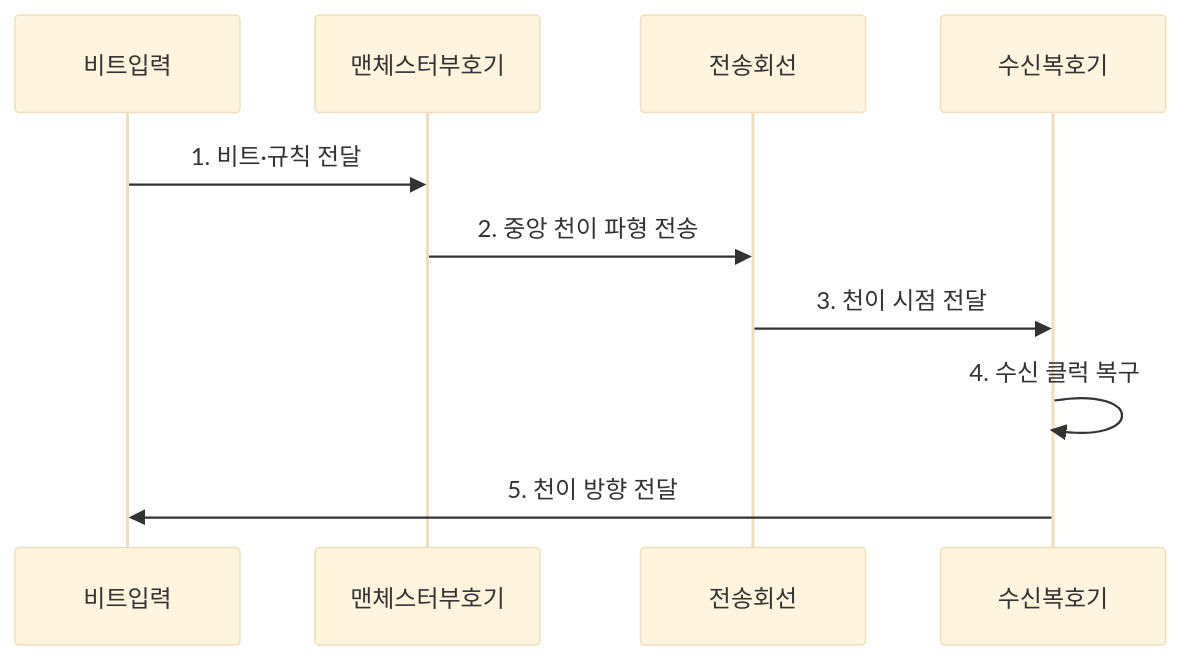
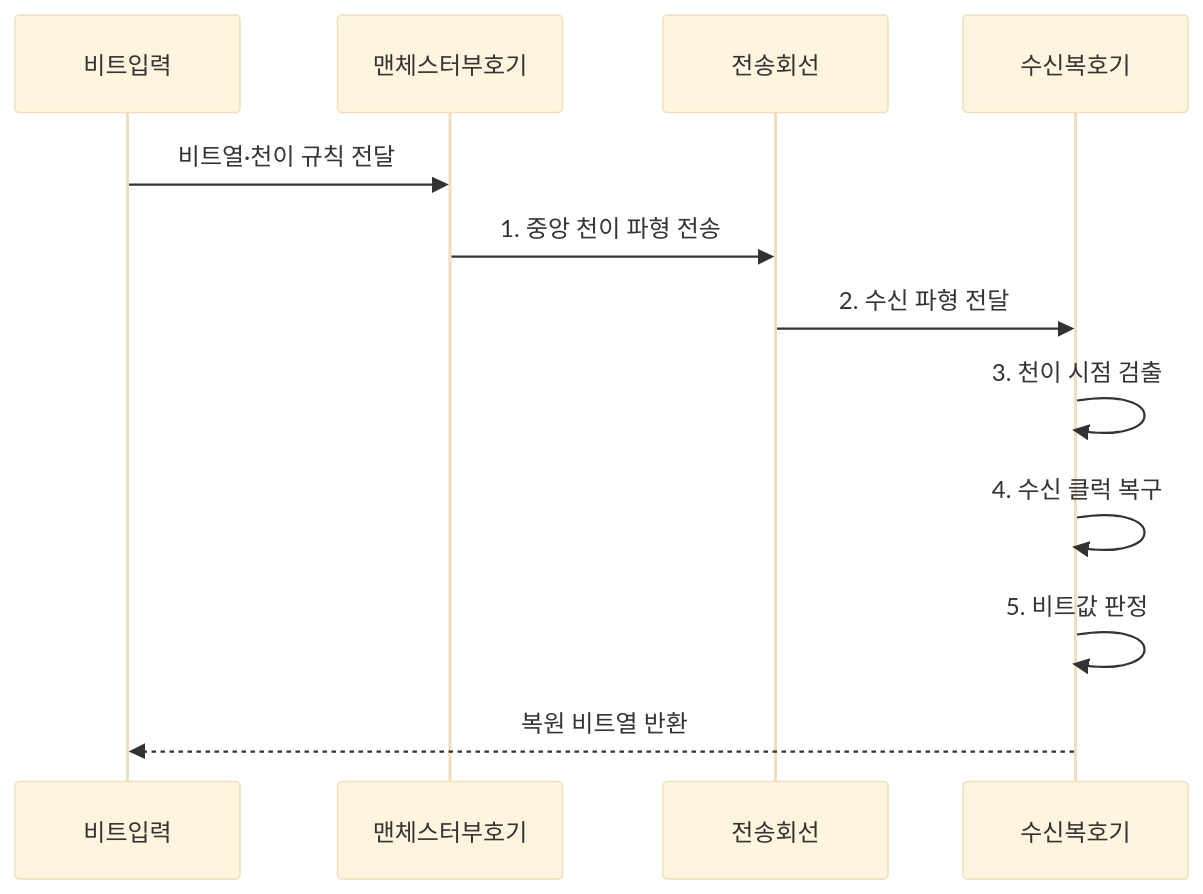
Before and after one commit to agnusdei1207/knowledge-base: the second of 2 diagrams in src/content/docs/notes/04-network/068_manchester_encoding.md, drawn with Mermaid (base theme). The commit also changed other lines of this file and 20 other files, not shown here.

````diff
--- a/src/content/docs/notes/04-network/068_manchester_encoding.md
+++ b/src/content/docs/notes/04-network/068_manchester_encoding.md
@@ -85,12 +87,14 @@
 ```mermaid
 sequenceDiagram
     participant 비트입력
     participant 맨체스터부호기
     participant 전송회선
     participant 수신복호기
-    비트입력->>맨체스터부호기: 1. 비트·규칙 전달
-    맨체스터부호기->>전송회선: 2. 중앙 천이 파형 전송
-    전송회선->>수신복호기: 3. 천이 시점 전달
+    비트입력->>맨체스터부호기: 비트열·천이 규칙 전달
+    맨체스터부호기->>전송회선: 1. 중앙 천이 파형 전송
+    전송회선->>수신복호기: 2. 수신 파형 전달
+    수신복호기->>수신복호기: 3. 천이 시점 검출
     수신복호기->>수신복호기: 4. 수신 클럭 복구
-    수신복호기->>비트입력: 5. 천이 방향 전달
+    수신복호기->>수신복호기: 5. 비트값 판정
+    수신복호기-->>비트입력: 복원 비트열 반환
 ```
````
